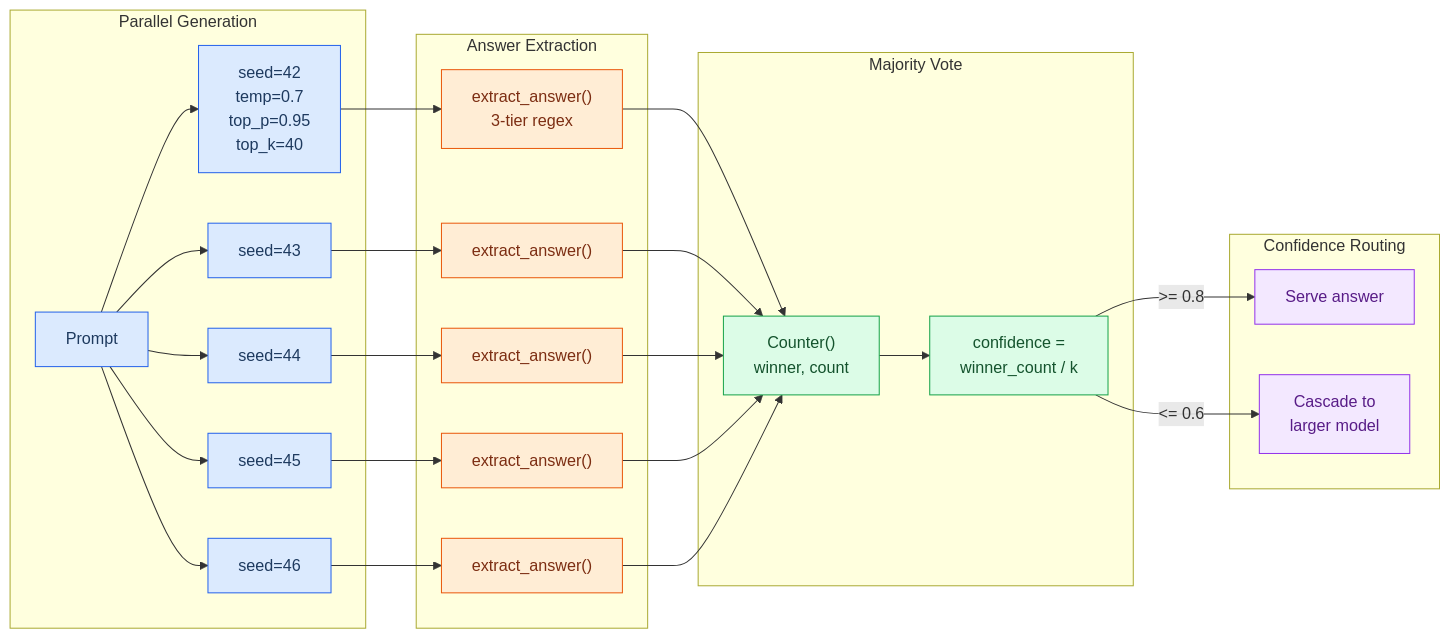
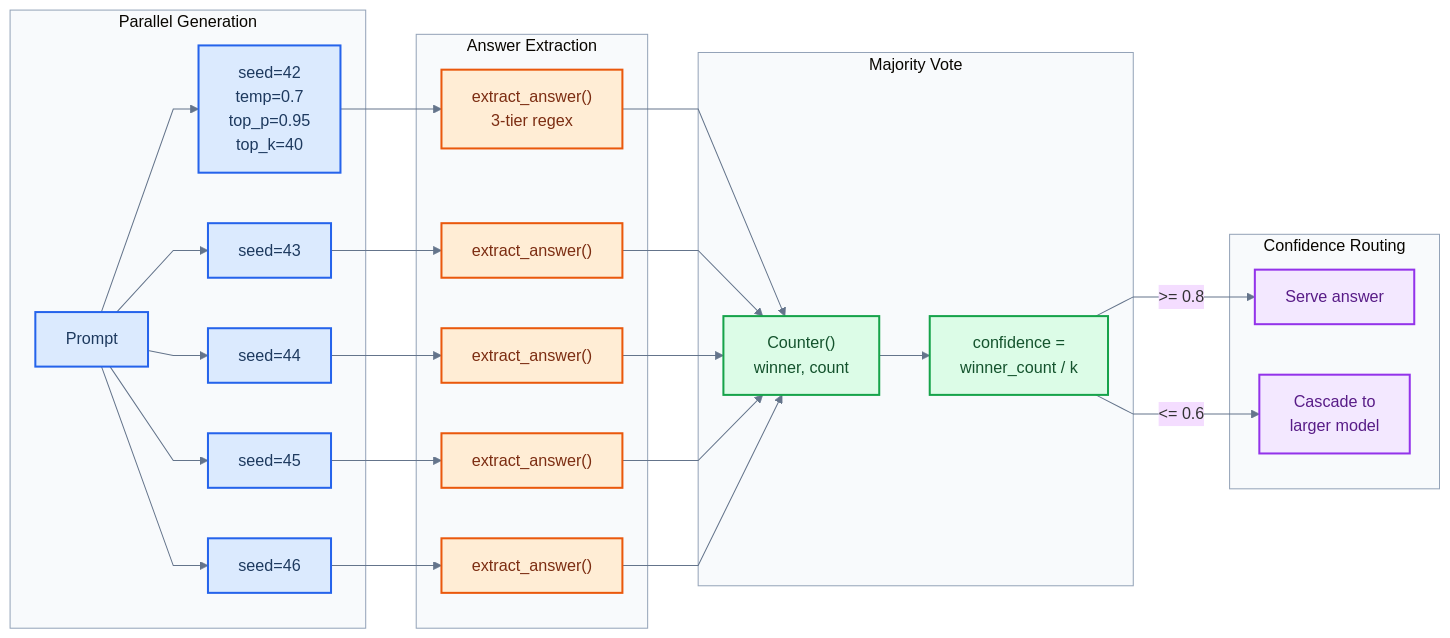
One commit to jameswniu/self-hosted-llm-evals-lab changed the third of 4 diagrams in README.md. Above: the diagram before and after it, drawn with Mermaid. The commit also changed other lines of this file, not shown here.

Commit message:
polish README rigor and Mermaid diagram consistency

````diff
--- a/README.md
+++ b/README.md
@@ -150,42 +158,38 @@
 ```mermaid
-graph LR
+%%{init: {'theme':'base', 'themeVariables': {'lineColor': '#64748b', 'clusterBkg': '#f8fafc', 'clusterBorder': '#94a3b8'}, 'flowchart': {'curve': 'linear'}}}%%
+flowchart LR
+    classDef gen fill:#dbeafe,stroke:#2563eb,color:#1e3a5f,stroke-width:2px
+    classDef ext fill:#ffedd5,stroke:#ea580c,color:#7c2d12,stroke-width:2px
+    classDef vote fill:#dcfce7,stroke:#16a34a,color:#14532d,stroke-width:2px
+    classDef route fill:#f3e8ff,stroke:#9333ea,color:#581c87,stroke-width:2px
+
     subgraph Generate["Parallel Generation"]
-        P["Prompt"] --> G1["seed=42\ntemp=0.7\ntop_p=0.95\ntop_k=40"]
-        P --> G2["seed=43"]
-        P --> G3["seed=44"]
-        P --> G4["seed=45"]
-        P --> G5["seed=46"]
+        P["Prompt"]:::gen --> G1["seed=42<br/>temp=0.7<br/>top_p=0.95<br/>top_k=40"]:::gen
+        P --> G2["seed=43"]:::gen
+        P --> G3["seed=44"]:::gen
+        P --> G4["seed=45"]:::gen
+        P --> G5["seed=46"]:::gen
     end
 
     subgraph Extract["Answer Extraction"]
-        G1 --> E1["extract_answer()\n3-tier regex"]
-        G2 --> E2["extract_answer()"]
-        G3 --> E3["extract_answer()"]
-        G4 --> E4["extract_answer()"]
-        G5 --> E5["extract_answer()"]
+        G1 --> E1["extract_answer()<br/>3-tier regex"]:::ext
+        G2 --> E2["extract_answer()"]:::ext
+        G3 --> E3["extract_answer()"]:::ext
+        G4 --> E4["extract_answer()"]:::ext
+        G5 --> E5["extract_answer()"]:::ext
     end
 
     subgraph Vote["Majority Vote"]
-        E1 --> C["Counter()\nwinner, count"]
+        E1 --> C["Counter()<br/>winner, count"]:::vote
         E2 --> C
         E3 --> C
         E4 --> C
         E5 --> C
-        C --> CONF["confidence =\nwinner_count / k"]
+        C --> CONF["confidence =<br/>winner_count / k"]:::vote
     end
 
     subgraph Route["Confidence Routing"]
-        CONF -->|">= 0.8"| SERVE["Serve answer"]
-        CONF -->|"<= 0.6"| CASCADE["Cascade to\nlarger model"]
+        CONF -->|">= 0.8"| SERVE["Serve answer"]:::route
+        CONF -->|"<= 0.6"| CASCADE["Cascade to<br/>larger model"]:::route
     end
-
-    classDef gen fill:#dbeafe,stroke:#2563eb,color:#1e3a5f
-    classDef ext fill:#ffedd5,stroke:#ea580c,color:#7c2d12
-    classDef vote fill:#dcfce7,stroke:#16a34a,color:#14532d
-    classDef route fill:#f3e8ff,stroke:#9333ea,color:#581c87
-
-    class P,G1,G2,G3,G4,G5 gen
-    class E1,E2,E3,E4,E5 ext
-    class C,CONF vote
-    class SERVE,CASCADE route
 ```
````
